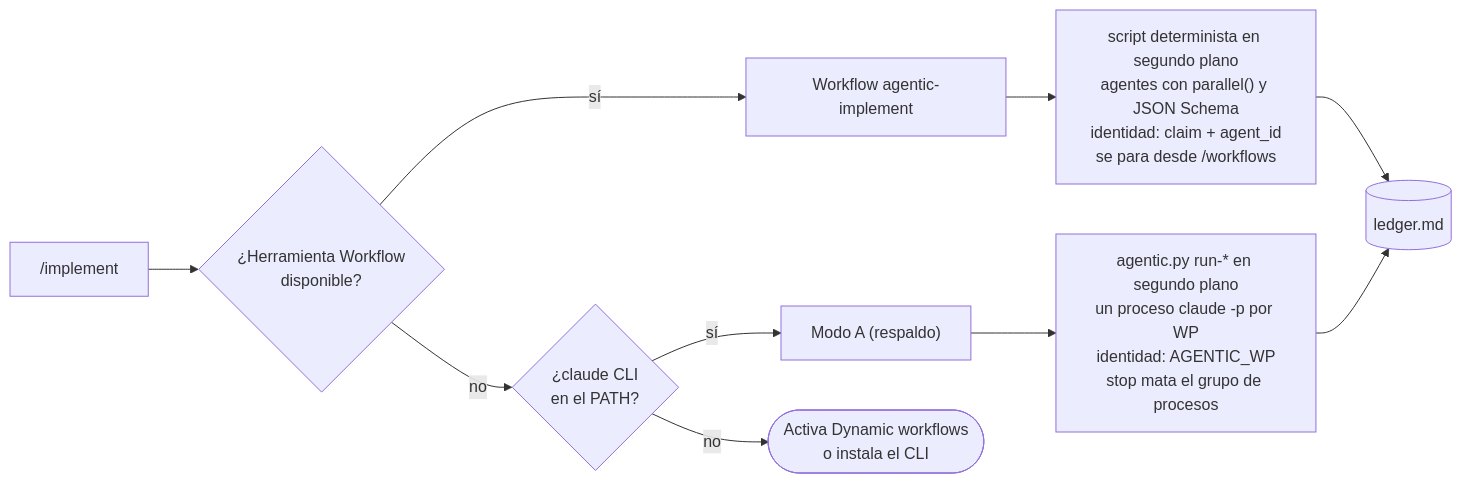
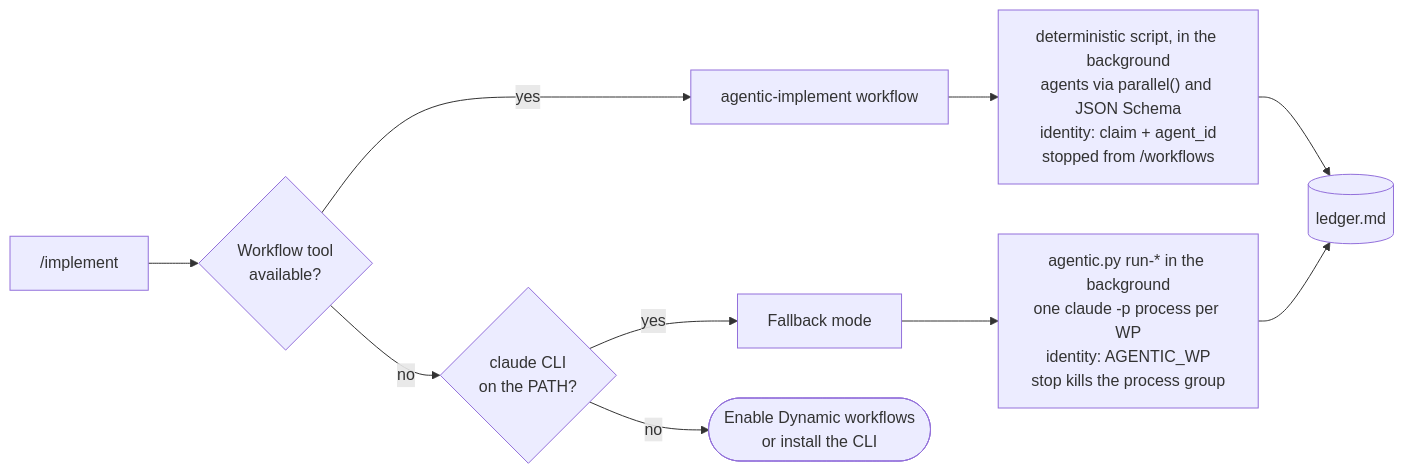
One commit to jagosar/agentic-flow changed the fifth of 5 diagrams in docs/how-it-works.md. Above: the diagram before and after it, drawn with Mermaid. The commit also changed other lines of this file and 16 other files, not shown here.

````diff
--- a/docs/how-it-works.md
+++ b/docs/how-it-works.md
@@ -211,12 +227,12 @@
 ```mermaid
 flowchart LR
-    O["/implement"] --> Q{"¿Herramienta Workflow<br/>disponible?"}
-    Q -->|sí| W["Workflow agentic-implement"]
-    Q -->|no| C{"¿claude CLI<br/>en el PATH?"}
-    C -->|sí| A["Modo A (respaldo)"]
-    C -->|no| X(["Activa Dynamic workflows<br/>o instala el CLI"])
-    W --> W1["script determinista en segundo plano<br/>agentes con parallel() y JSON Schema<br/>identidad: claim + agent_id<br/>se para desde /workflows"]
-    A --> A1["agentic.py run-* en segundo plano<br/>un proceso claude -p por WP<br/>identidad: AGENTIC_WP<br/>stop mata el grupo de procesos"]
+    O["/implement"] --> Q{"Workflow tool<br/>available?"}
+    Q -->|yes| W["agentic-implement workflow"]
+    Q -->|no| C{"claude CLI<br/>on the PATH?"}
+    C -->|yes| A["Fallback mode"]
+    C -->|no| X(["Enable Dynamic workflows<br/>or install the CLI"])
+    W --> W1["deterministic script, in the background<br/>agents via parallel() and JSON Schema<br/>identity: claim + agent_id<br/>stopped from /workflows"]
+    A --> A1["agentic.py run-* in the background<br/>one claude -p process per WP<br/>identity: AGENTIC_WP<br/>stop kills the process group"]
     W1 --> L[("ledger.md")]
     A1 --> L
 ```
````
